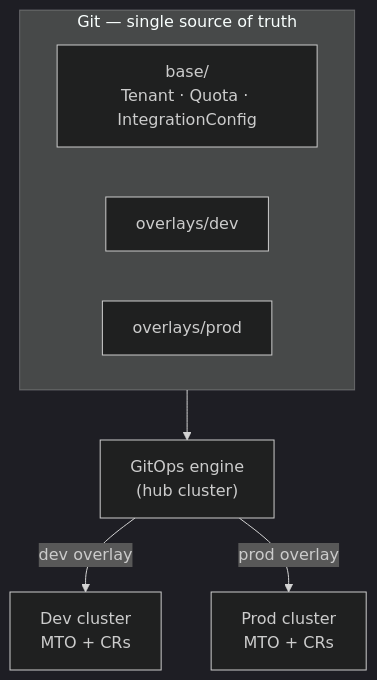
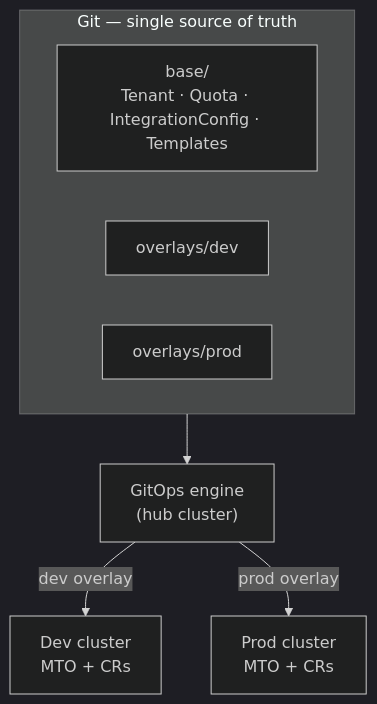
Before and after one commit to stakater/mto-docs: the third of 4 diagrams in content/overview/deployment-models.md, drawn with Mermaid (dark theme). The commit also changed other lines of this file, not shown here.

Commit message:
docs(deployment-models): add Templates to the central multi-cluster bundle
Platform standards rolled into tenant namespaces (RBAC, network policies,
pull secrets) are Template Operator v2 Template + TemplateInstance objects;
they are platform-owned, so they live in the same central base as the Tenant
and distribute to every cluster the same way. Standards stay in the base and
no overlay touches them.

````diff
--- a/content/overview/deployment-models.md
+++ b/content/overview/deployment-models.md
@@ -101,12 +103,12 @@
 ```mermaid
 flowchart TB
     subgraph Git["Git — single source of truth"]
-        Base["base/<br/>Tenant · Quota · IntegrationConfig"]
+        Base["base/<br/>Tenant · Quota · IntegrationConfig · Templates"]
         Odev["overlays/dev"]
         Oprod["overlays/prod"]
     end
     Hub["GitOps engine<br/>(hub cluster)"]
     Git --> Hub
     Hub -->|dev overlay| Cdev["Dev cluster<br/>MTO + CRs"]
     Hub -->|prod overlay| Cprod["Prod cluster<br/>MTO + CRs"]
 ```
````
